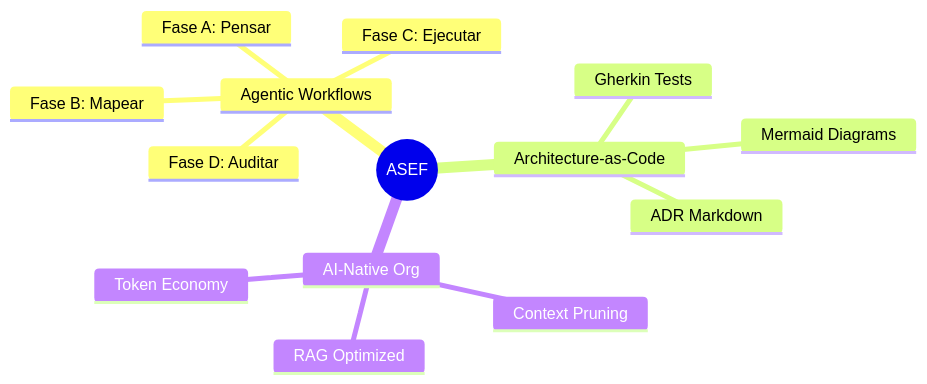
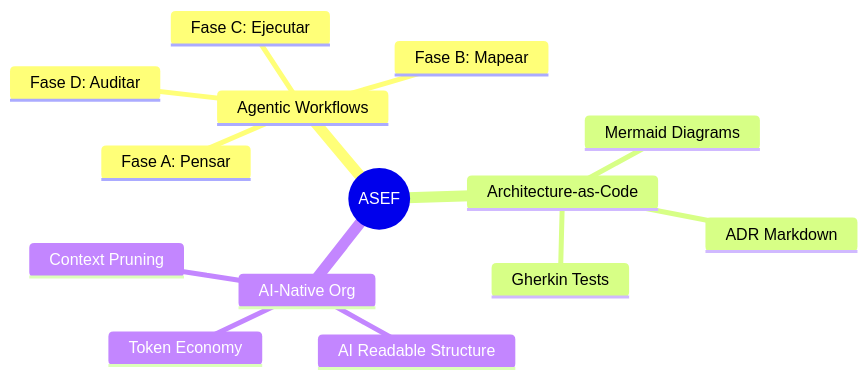
The diagram in docs/diagrams/pillars.mmd (LuisFelipe09/ASEF), drawn with Mermaid before and after one commit. The commit also changed 2 other files, not shown here.

```diff
--- a/docs/diagrams/pillars.mmd
+++ b/docs/diagrams/pillars.mmd
@@ -1,15 +1,15 @@
 mindmap
   root((ASEF))
     Agentic Workflows
       Fase A: Pensar
       Fase B: Mapear
       Fase C: Ejecutar
       Fase D: Auditar
     Architecture-as-Code
       ADR Markdown
       Mermaid Diagrams
       Gherkin Tests
     AI-Native Org
-      RAG Optimized
+      AI Readable Structure
       Context Pruning
       Token Economy
```
